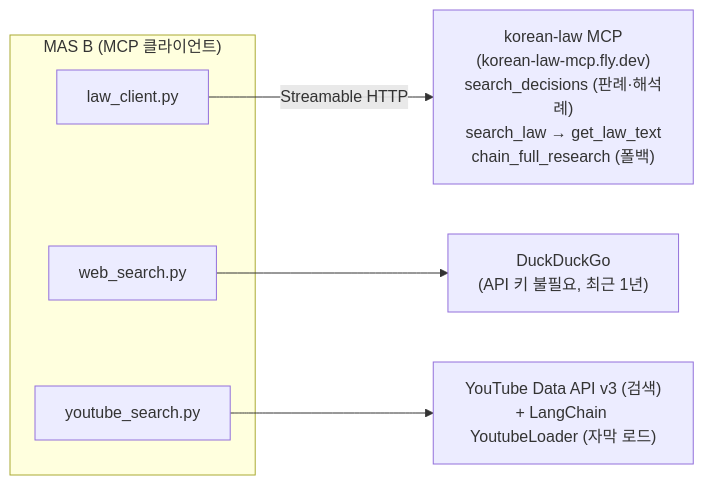
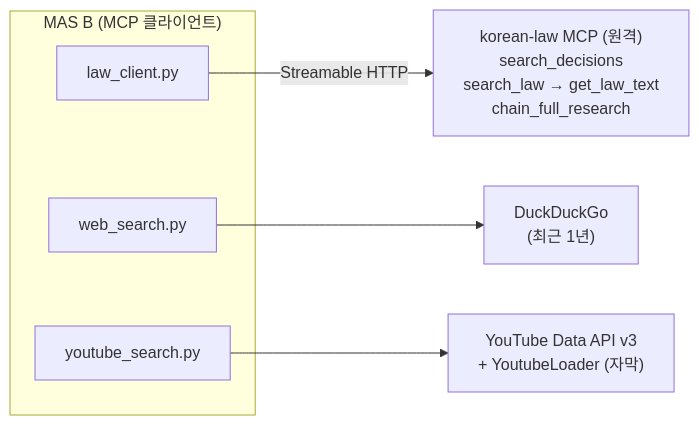
One commit to cna-bootcamp/aistudy changed the second of 2 diagrams in hands-on/16.mas/patent-mas/mas-b/README.md. Above: the diagram before and after it, drawn with Mermaid. The commit also changed other lines of this file and 6 other files, not shown here.

````diff
--- a/hands-on/16.mas/patent-mas/mas-b/README.md
+++ b/hands-on/16.mas/patent-mas/mas-b/README.md
@@ -64,11 +95,11 @@
 ```mermaid
 flowchart LR
     subgraph MASB["MAS B (MCP 클라이언트)"]
         LC["law_client.py"]
         WS["web_search.py"]
         YS["youtube_search.py"]
     end
-    LC -->|"Streamable HTTP"| KL["korean-law MCP<br/>(korean-law-mcp.fly.dev)<br/>search_decisions (판례·해석례)<br/>search_law → get_law_text<br/>chain_full_research (폴백)"]
-    WS --> DDG["DuckDuckGo<br/>(API 키 불필요, 최근 1년)"]
-    YS --> YT["YouTube Data API v3 (검색)<br/>+ LangChain YoutubeLoader (자막 로드)"]
+    LC -->|"Streamable HTTP"| KL["korean-law MCP (원격)<br/>search_decisions<br/>search_law → get_law_text<br/>chain_full_research"]
+    WS --> DDG["DuckDuckGo<br/>(최근 1년)"]
+    YS --> YT["YouTube Data API v3<br/>+ YoutubeLoader (자막)"]
 ```
````
